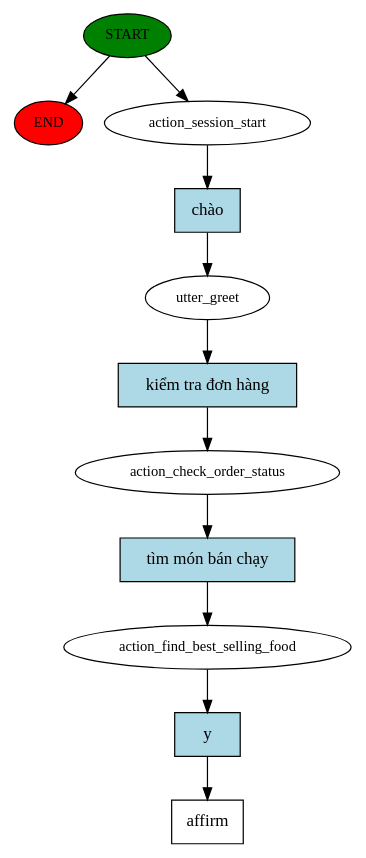
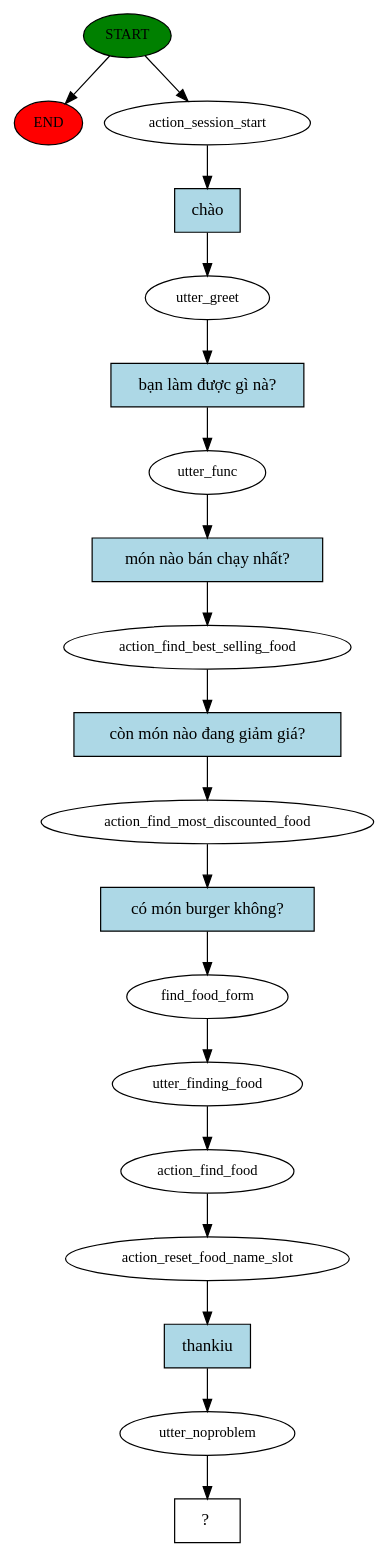
The diagram in bot/bot/story_graph.dot (lienminhquang/KLTN_2021), drawn with Graphviz before and after one commit. The commit also changed 13 other files, not shown here.

```diff
--- a/bot/bot/story_graph.dot
+++ b/bot/bot/story_graph.dot
@@ -1,23 +1,39 @@
 digraph  {
 0 [class="start active", fillcolor=green, fontsize=12, label=START, style=filled];
 "-1" [class=end, fillcolor=red, fontsize=12, label=END, style=filled];
 1 [class=active, fontsize=12, label=action_session_start];
 2 [class=active, fontsize=12, label=utter_greet];
-3 [class=active, fontsize=12, label=action_check_order_status];
+3 [class=active, fontsize=12, label=utter_func];
 4 [class=active, fontsize=12, label=action_find_best_selling_food];
-5 [class="intent dashed active", label=affirm, shape=rect];
-6 [class="intent active", fillcolor=lightblue, label="chào", shape=rect, style=filled];
-7 [class="intent active", fillcolor=lightblue, label="kiểm tra đơn hàng", shape=rect, style=filled];
-8 [class="intent active", fillcolor=lightblue, label="tìm món bán chạy", shape=rect, style=filled];
-9 [class="intent active", fillcolor=lightblue, label=y, shape=rect, style=filled];
+5 [class=active, fontsize=12, label=action_find_most_discounted_food];
+6 [class=active, fontsize=12, label=find_food_form];
+7 [class=active, fontsize=12, label=utter_finding_food];
+8 [class=active, fontsize=12, label=action_find_food];
+9 [class=active, fontsize=12, label=action_reset_food_name_slot];
+10 [class=active, fontsize=12, label=utter_noproblem];
+11 [class="intent dashed active", label="  ?  ", shape=rect];
+12 [class="intent active", fillcolor=lightblue, label="chào", shape=rect, style=filled];
+13 [class="intent active", fillcolor=lightblue, label="bạn làm được gì nà?", shape=rect, style=filled];
+14 [class="intent active", fillcolor=lightblue, label="món nào bán chạy nhất?", shape=rect, style=filled];
+15 [class="intent active", fillcolor=lightblue, label="còn món nào đang giảm giá?", shape=rect, style=filled];
+16 [class="intent active", fillcolor=lightblue, label="có món burger không?", shape=rect, style=filled];
+17 [class="intent active", fillcolor=lightblue, label=thankiu, shape=rect, style=filled];
 0 -> "-1"  [class="", key=NONE, label=""];
 0 -> 1  [class=active, key=NONE, label=""];
-1 -> 6  [class=active, key=0];
-2 -> 7  [class=active, key=0];
-3 -> 8  [class=active, key=0];
-4 -> 9  [class=active, key=0];
-6 -> 2  [class=active, key=0];
-7 -> 3  [class=active, key=0];
-8 -> 4  [class=active, key=0];
-9 -> 5  [class=active, key=0];
+1 -> 12  [class=active, key=0];
+2 -> 13  [class=active, key=0];
+3 -> 14  [class=active, key=0];
+4 -> 15  [class=active, key=0];
+5 -> 16  [class=active, key=0];
+6 -> 7  [class=active, key=NONE, label=""];
+7 -> 8  [class=active, key=NONE, label=""];
+8 -> 9  [class=active, key=NONE, label=""];
+9 -> 17  [class=active, key=0];
+10 -> 11  [class=active, key=NONE, label=""];
+12 -> 2  [class=active, key=0];
+13 -> 3  [class=active, key=0];
+14 -> 4  [class=active, key=0];
+15 -> 5  [class=active, key=0];
+16 -> 6  [class=active, key=0];
+17 -> 10  [class=active, key=0];
 }
```
